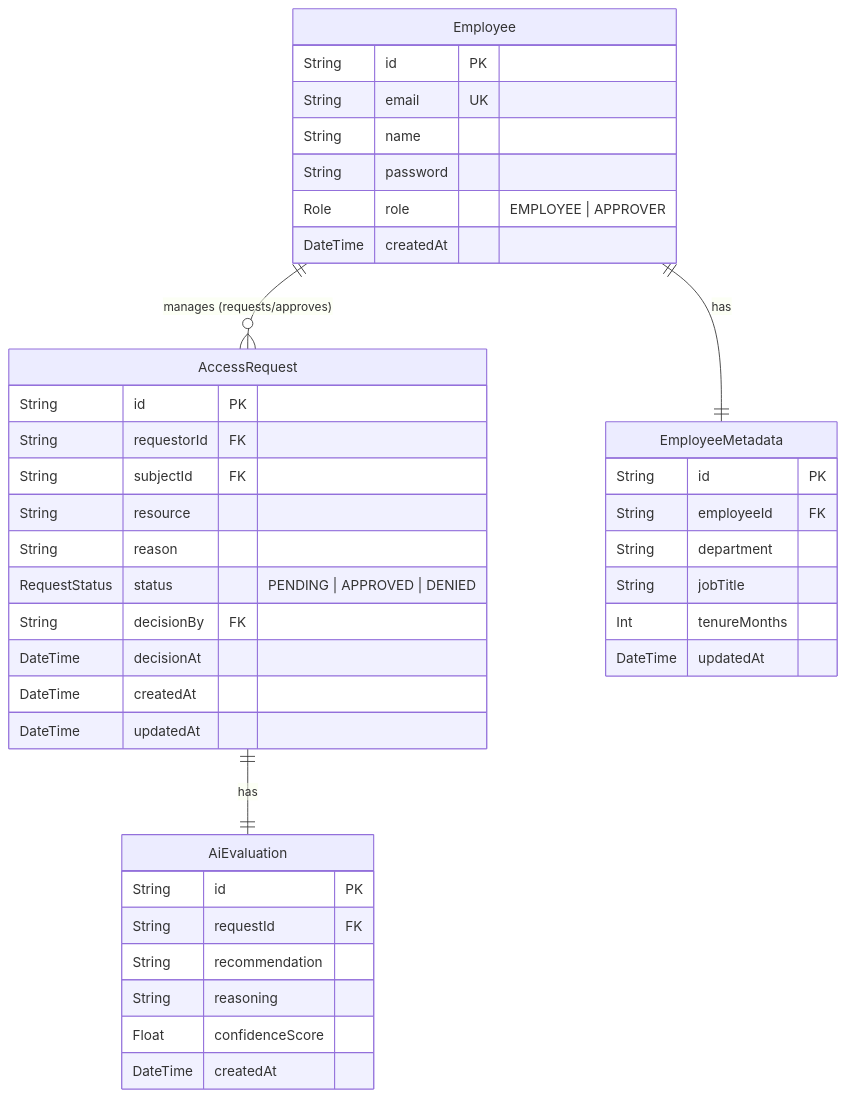
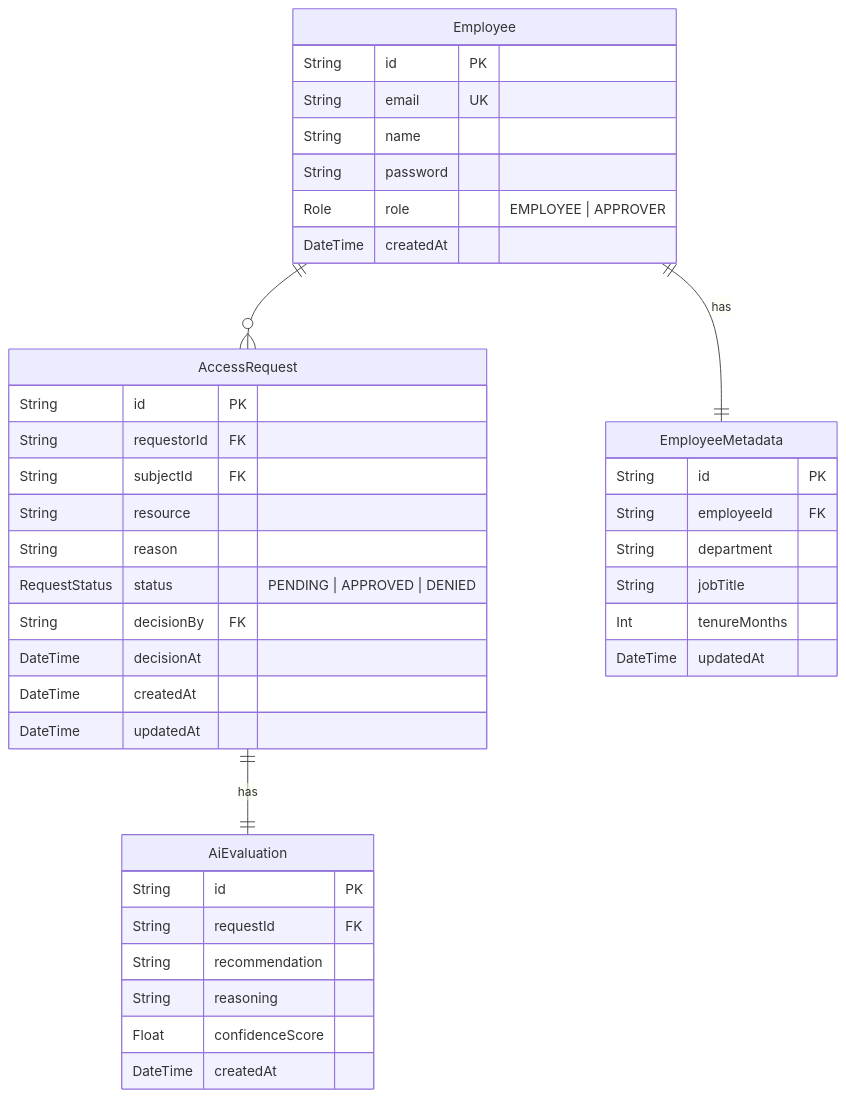
The second of 2 diagrams in README.md (GuySimai/access-request-system), drawn with Mermaid before and after one commit.

Commit message:
readme update

````diff
--- a/README.md
+++ b/README.md
@@ -51,47 +51,47 @@
 ```mermaid
 erDiagram
-    Employee ||--o{ AccessRequest : "manages (requests/approves)"
+    Employee ||--o{ AccessRequest : ""
     Employee ||--|| EmployeeMetadata : "has"
 
     AccessRequest ||--|| AiEvaluation : "has"
 
     Employee {
         String id PK
         String email UK
         String name
         String password
         Role role "EMPLOYEE | APPROVER"
         DateTime createdAt
     }
 
     EmployeeMetadata {
         String id PK
         String employeeId FK
         String department
         String jobTitle
         Int tenureMonths
         DateTime updatedAt
     }
 
     AccessRequest {
         String id PK
         String requestorId FK
         String subjectId FK
         String resource
         String reason
         RequestStatus status "PENDING | APPROVED | DENIED"
         String decisionBy FK
         DateTime decisionAt
         DateTime createdAt
         DateTime updatedAt
     }
 
     AiEvaluation {
         String id PK
         String requestId FK
         String recommendation
         String reasoning
         Float confidenceScore
         DateTime createdAt
     }
 ```
````
